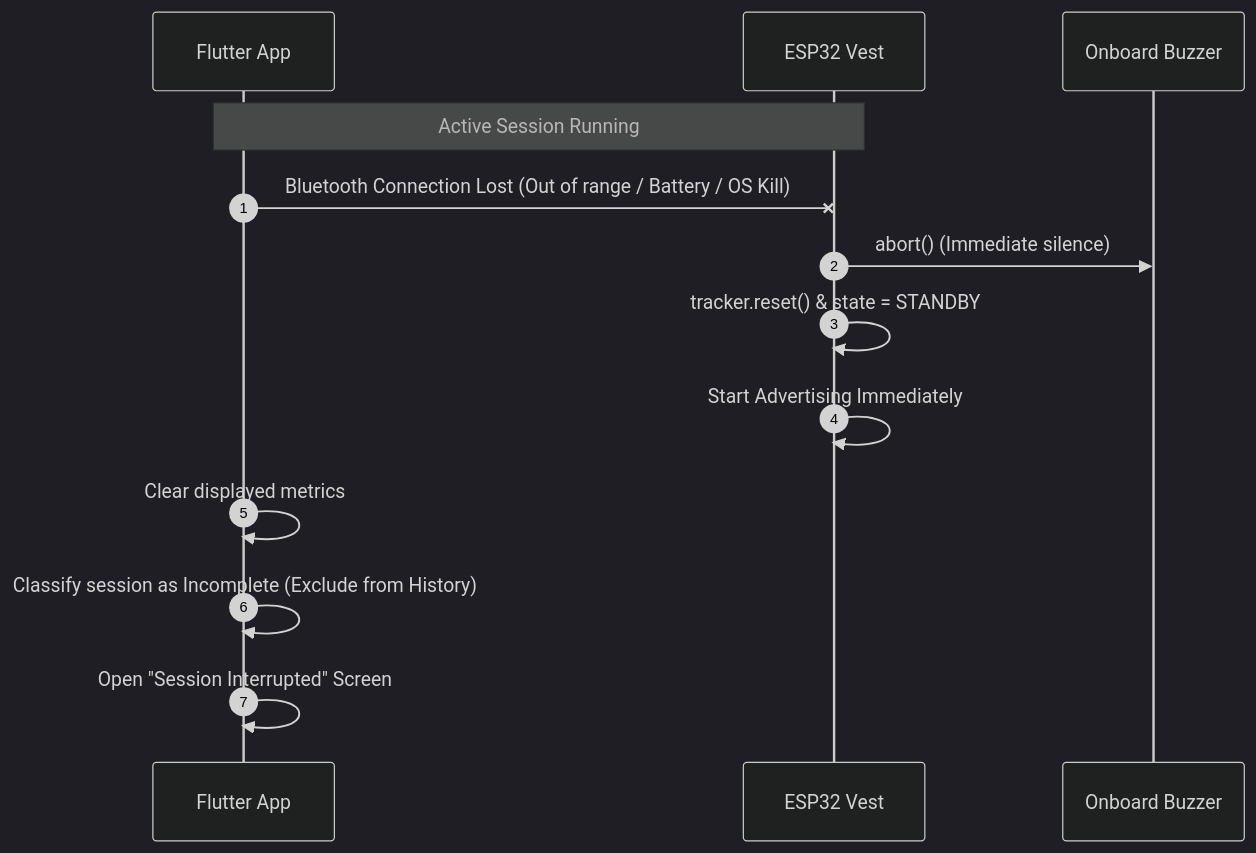
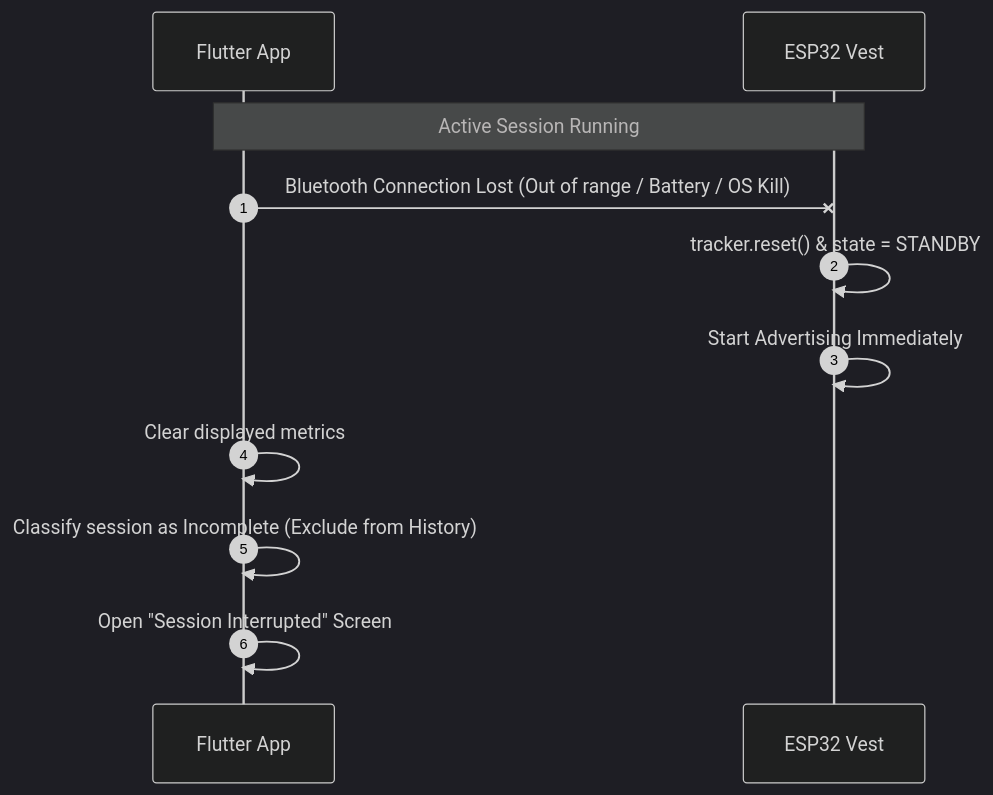
The second of 2 diagrams in CPReady_Program/docs/SOFTWARE_DEVELOPER_GUIDE.md (Marni3/CPReady), drawn with Mermaid (dark theme) before and after one commit. The commit also changed other lines of this file and 10 other files, not shown here.

````diff
--- a/CPReady_Program/docs/SOFTWARE_DEVELOPER_GUIDE.md
+++ b/CPReady_Program/docs/SOFTWARE_DEVELOPER_GUIDE.md
@@ -317,16 +312,14 @@
 ```mermaid
 sequenceDiagram
     autonumber
     participant App as Flutter App
     participant ESP32 as ESP32 Vest
-    participant Buzzer as Onboard Buzzer
 
     Note over App,ESP32: Active Session Running
     App-xESP32: Bluetooth Connection Lost (Out of range / Battery / OS Kill)
-    ESP32->>Buzzer: abort() (Immediate silence)
     ESP32->>ESP32: tracker.reset() & state = STANDBY
     ESP32->>ESP32: Start Advertising Immediately
     App->>App: Clear displayed metrics
     App->>App: Classify session as Incomplete (Exclude from History)
     App->>App: Open "Session Interrupted" Screen
 ```
````
